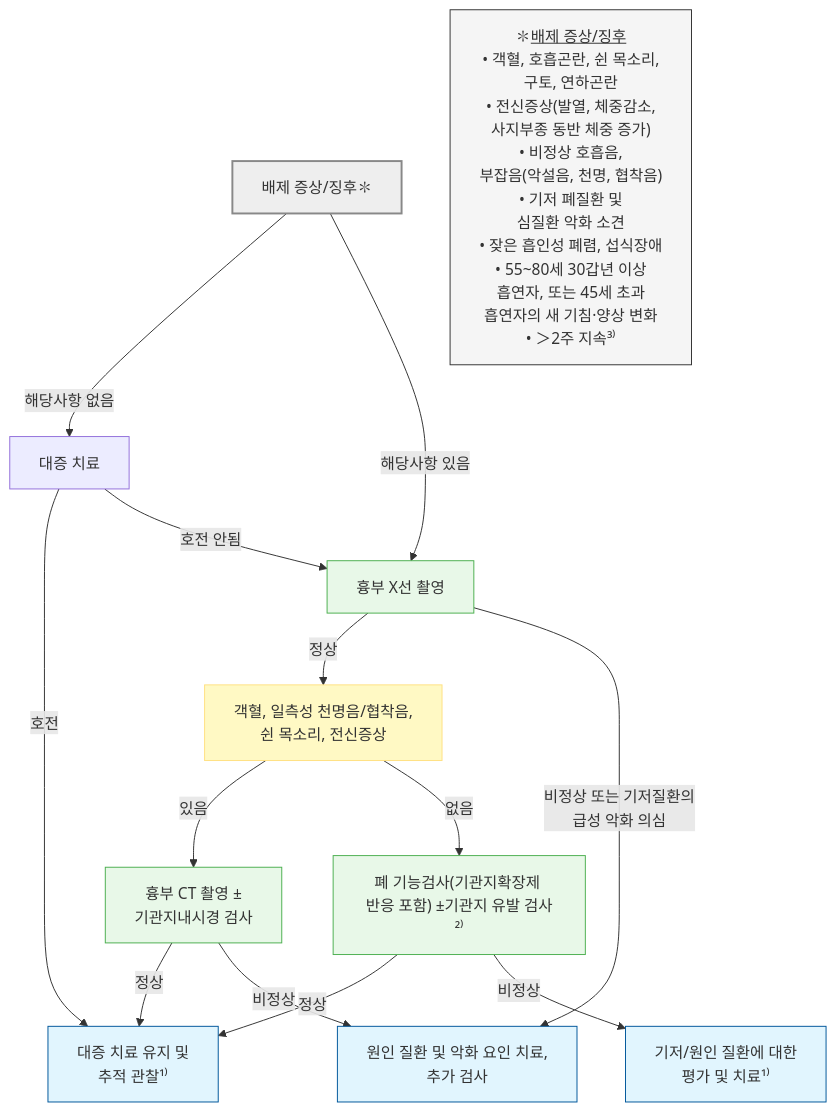
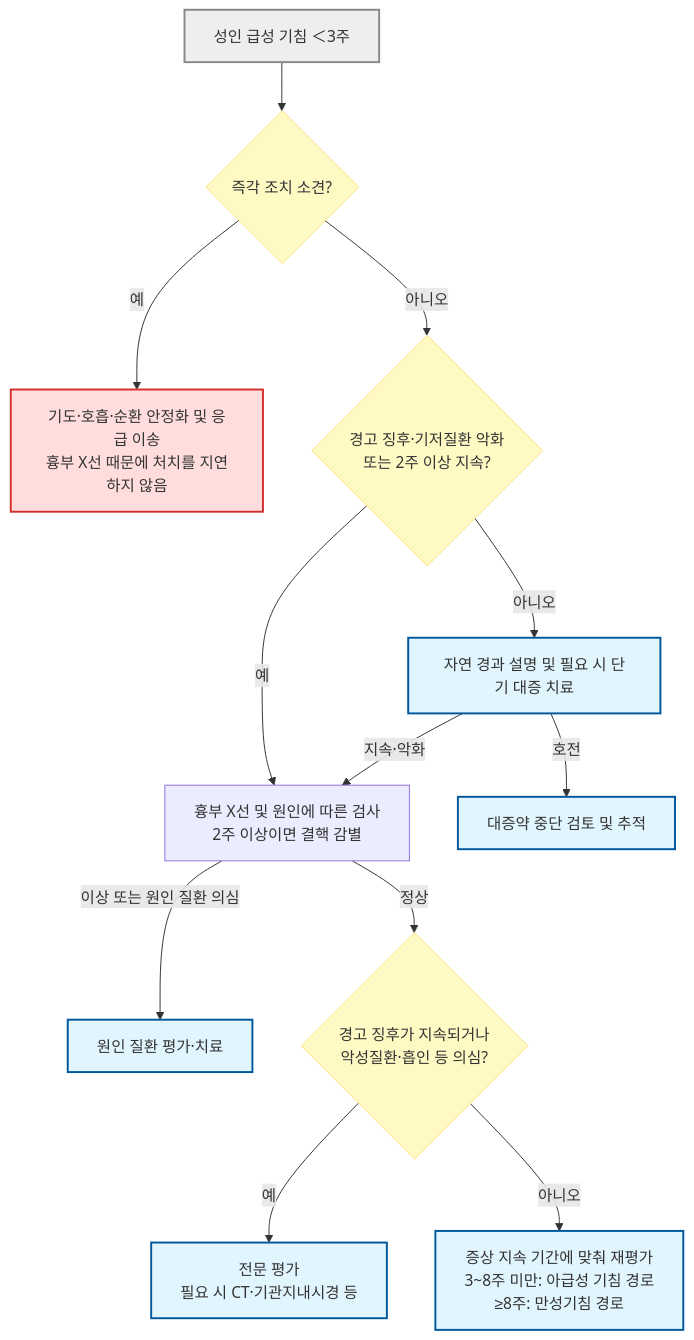
The first of 3 diagrams in 220_/006_-cough.md (familyoh77/familyoh77), drawn with Mermaid before and after one commit. The commit also changed other lines of this file and 13 other files, not shown here.

````diff
--- a/220_/006_-cough.md
+++ b/220_/006_-cough.md
@@ -208,27 +208,20 @@
 ```mermaid
-graph TD
-    Start["배제 증상/징후✽"]
-    Start -- "해당사항 없음" --> Symptomatic["대증 치료"]
-    FOOTNOTE["✽<u>배제 증상/징후</u><br/>• 객혈, 호흡곤란, 쉰 목소리, <br/>구토, 연하곤란<br/>• 전신증상(발열, 체중감소,<br/> 사지부종 동반 체중 증가)<br/>• 비정상 호흡음, <br/>부잡음(악설음, 천명, 협착음)<br/>• 기저 폐질환 및 <br/>심질환 악화 소견<br/>• 잦은 흡인성 폐렴, 섭식장애<br/>• 55~80세 30갑년 이상 <br/>흡연자, 또는 45세 초과 <br/>흡연자의 새 기침·양상 변화<br/>• ＞2주 지속³⁾"]
-    Symptomatic -- "호전" --> Maintain["대증 치료 유지 및 <br/>추적 관찰¹⁾"]
-    Symptomatic -- "호전 안됨" --> Xray  
-    Start -- "해당사항 있음" --> Xray["흉부 X선 촬영"]
-    Xray -- "정상" --> RedFlags["객혈, 일측성 천명음/협착음,<br/>쉰 목소리, 전신증상"]
-    Xray -- "비정상 또는 기저질환의 <br/>급성 악화 의심" --> TreatCause["원인 질환 및 악화 요인 치료, <br/>추가 검사"]
-    RedFlags -- "있음" --> CT["흉부 CT 촬영 ±<br/>기관지내시경 검사"]
-    RedFlags -- "없음" --> PFT["폐 기능검사(기관지확장제 <br/>반응 포함) ±기관지 유발 검사²⁾"]
-    CT -- "정상" --> Maintain
-    CT -- "비정상" --> TreatCause
-    PFT -- "정상" --> Maintain
-    PFT -- "비정상" --> TreatBase["기저/원인 질환에 대한 <br/>평가 및 치료¹⁾"]
-style Start fill:#eeeeee,stroke:#888888,stroke-width:2px
-style FOOTNOTE fill:#f5f5f5,stroke:#333
-classDef yellow fill:#fff9c4,stroke:#ffe082
-class RedFlags yellow
-classDef lightGreen fill:#e8f8e8,stroke:#4caf50
-class Xray,CT,PFT lightGreen
-    style Maintain fill:#e1f5fe,stroke:#01579b
-    style TreatCause fill:#e1f5fe,stroke:#01579b
-    style TreatBase fill:#e1f5fe,stroke:#01579b
-
+flowchart TD
+    Start["성인 급성 기침 ＜3주"] --> Urgent{"즉각 조치 소견?"}
+    Urgent -- "예" --> Emergency["기도·호흡·순환 안정화 및 응급 이송<br>흉부 X선 때문에 처치를 지연하지 않음"]
+    Urgent -- "아니오" --> Alarm{"경고 징후·기저질환 악화<br>또는 2주 이상 지속?"}
+    Alarm -- "아니오" --> Symptomatic["자연 경과 설명 및 필요 시 단기 대증 치료"]
+    Alarm -- "예" --> Xray["흉부 X선 및 원인에 따른 검사<br>2주 이상이면 결핵 감별"]
+    Symptomatic -- "호전" --> Follow["대증약 중단 검토 및 추적"]
+    Symptomatic -- "지속·악화" --> Xray
+    Xray -- "이상 또는 원인 질환 의심" --> Treat["원인 질환 평가·치료"]
+    Xray -- "정상" --> Risk{"경고 징후가 지속되거나<br>악성질환·흡인 등 의심?"}
+    Risk -- "예" --> Refer["전문 평가<br>필요 시 CT·기관지내시경 등"]
+    Risk -- "아니오" --> Duration["증상 지속 기간에 맞춰 재평가<br>3~8주 미만: 아급성 기침 경로<br>≥8주: 만성기침 경로"]
+    classDef question fill:#fff9c4,stroke:#ffe082
+    classDef treatment fill:#e1f5fe,stroke:#01579b,stroke-width:2px
+    class Urgent,Alarm,Risk question
+    class Symptomatic,Follow,Treat,Refer,Duration treatment
+    style Emergency fill:#ffdddd,stroke:#d32f2f,stroke-width:2px
+    style Start fill:#eeeeee,stroke:#888888,stroke-width:2px
 ```
````
